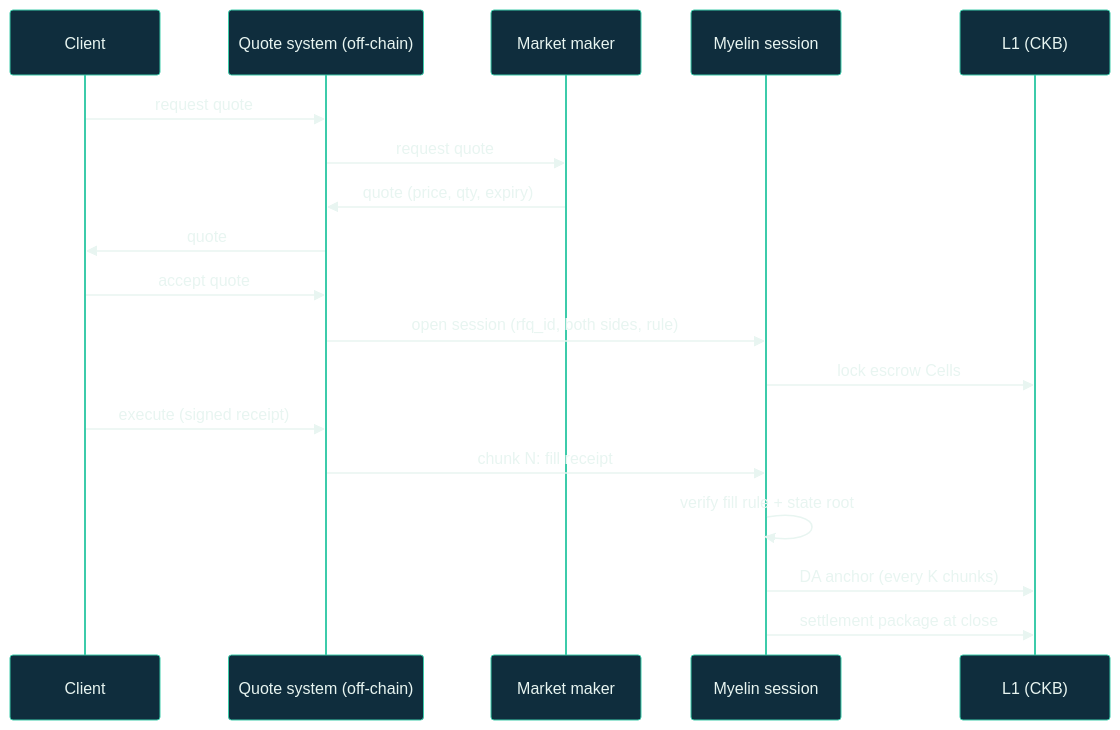
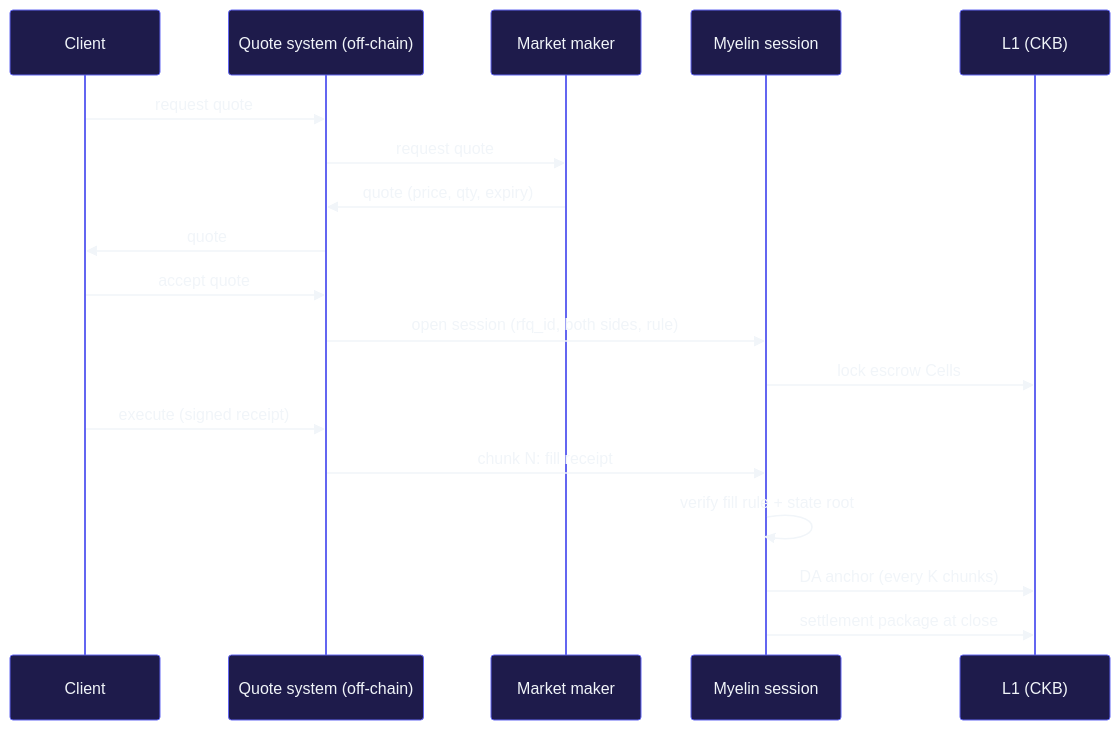
Before and after one commit to Myelin-Labs/Myelin: the diagram in docs/patterns/rfq-settlement.md, drawn with Mermaid. The commit also changed 31 other files, not shown here.

````diff
--- a/docs/patterns/rfq-settlement.md
+++ b/docs/patterns/rfq-settlement.md
@@ -39,32 +39,32 @@
 ```mermaid
 %%{init: {
   "theme": "base",
   "themeVariables": {
-    "primaryColor": "#0F2D3D",
-    "primaryTextColor": "#E8F5F1",
-    "primaryBorderColor": "#3CCBAA",
-    "lineColor": "#4EE0BC",
-    "secondaryColor": "#143946",
-    "tertiaryColor": "#1A4253"
+    "primaryColor": "#1E1B4B",
+    "primaryTextColor": "#F1F5F9",
+    "primaryBorderColor": "#6366F1",
+    "lineColor": "#818CF8",
+    "secondaryColor": "#312E81",
+    "tertiaryColor": "#3730A3"
   }
 }}%%
 sequenceDiagram
     participant C as Client
     participant Q as Quote system (off-chain)
     participant M as Market maker
     participant My as Myelin session
     participant L1 as L1 (CKB)
 
     C->>Q: request quote
     Q->>M: request quote
     M->>Q: quote (price, qty, expiry)
     Q->>C: quote
     C->>Q: accept quote
     Q->>My: open session (rfq_id, both sides, rule)
     My->>L1: lock escrow Cells
     C->>Q: execute (signed receipt)
     Q->>My: chunk N: fill receipt
     My->>My: verify fill rule + state root
     My->>L1: DA anchor (every K chunks)
     My->>L1: settlement package at close
 ```
````
